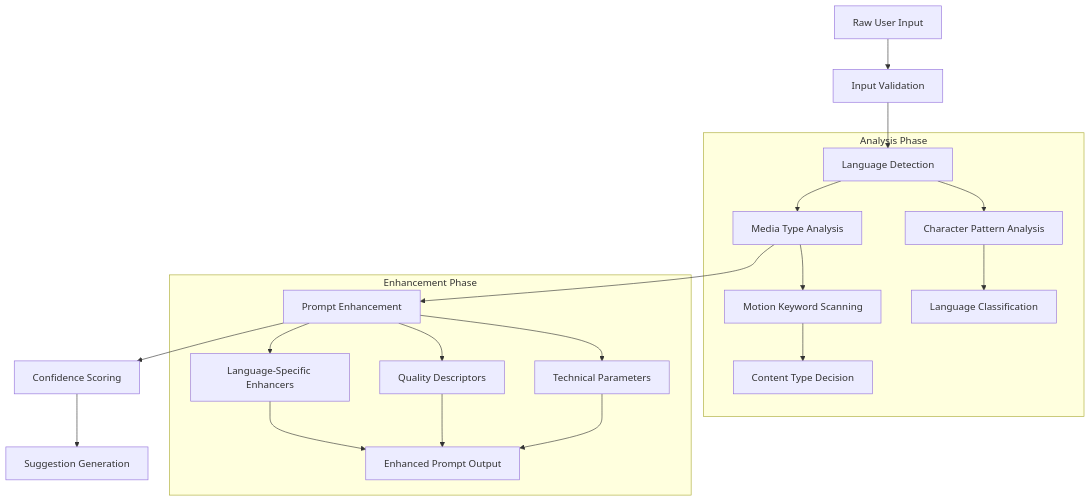
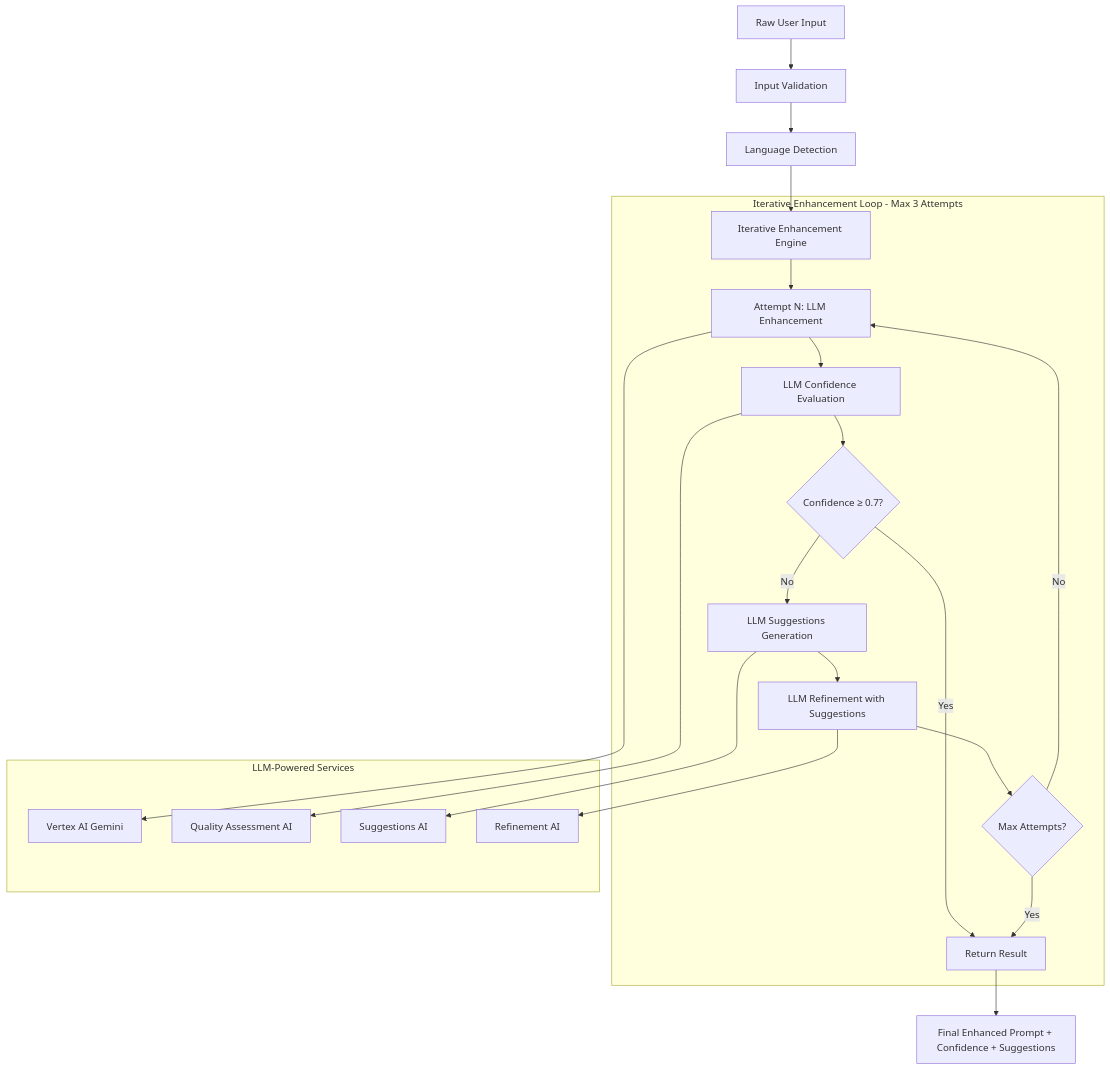
The first of 7 diagrams in docs/prompt-enhancement-analysis.md (ryoshumei/what-if-ver-zenn-hackathon), drawn with Mermaid before and after one commit. The commit also changed other lines of this file and 1 other file, not shown here.

````diff
--- a/docs/prompt-enhancement-analysis.md
+++ b/docs/prompt-enhancement-analysis.md
@@ -9,27 +9,27 @@
 ```mermaid
 flowchart TD
     A[Raw User Input] --> B[Input Validation]
     B --> C[Language Detection]
-    C --> D[Media Type Analysis]
-    D --> E[Prompt Enhancement]
-    E --> F[Confidence Scoring]
-    F --> G[Suggestion Generation]
+    C --> D[Iterative Enhancement Engine]
 
-    subgraph Detection ["Analysis Phase"]
-        C --> C1[Character Pattern Analysis]
-        C1 --> C2[Language Classification]
-
-        D --> D1[Motion Keyword Scanning]
-        D1 --> D2[Content Type Decision]
+    subgraph Enhancement [Iterative Enhancement Loop - Max 3 Attempts]
+        D --> E1[Attempt N: LLM Enhancement]
+        E1 --> F1[LLM Confidence Evaluation]
+        F1 --> G1{Confidence ≥ 0.7?}
+        G1 -->|Yes| H[Return Result]
+        G1 -->|No| I1[LLM Suggestions Generation]
+        I1 --> J1[LLM Refinement with Suggestions]
+        J1 --> K1{Max Attempts?}
+        K1 -->|No| E1
+        K1 -->|Yes| H
     end
 
-    subgraph Enhancement ["Enhancement Phase"]
-        E --> E1[Language-Specific Enhancers]
-        E --> E2[Quality Descriptors]
-        E --> E3[Technical Parameters]
+    H --> L[Final Enhanced Prompt + Confidence + Suggestions]
 
-        E1 --> E4[Localized Enhancement]
-        E2 --> E4
-        E3 --> E4[Enhanced Prompt Output]
+    subgraph LLM_Services [LLM-Powered Services]
+        E1 --> E2[Vertex AI Gemini]
+        F1 --> F2[Quality Assessment AI]
+        I1 --> I2[Suggestions AI]
+        J1 --> J2[Refinement AI]
     end
 ```
````
